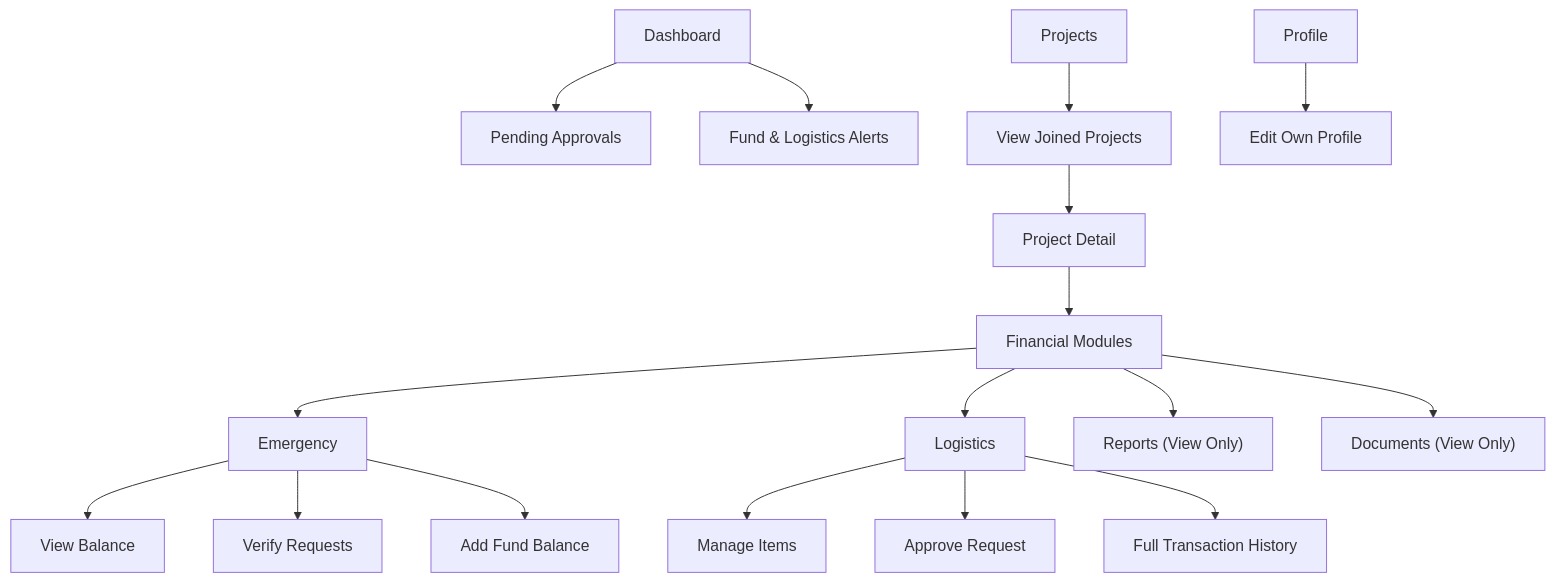
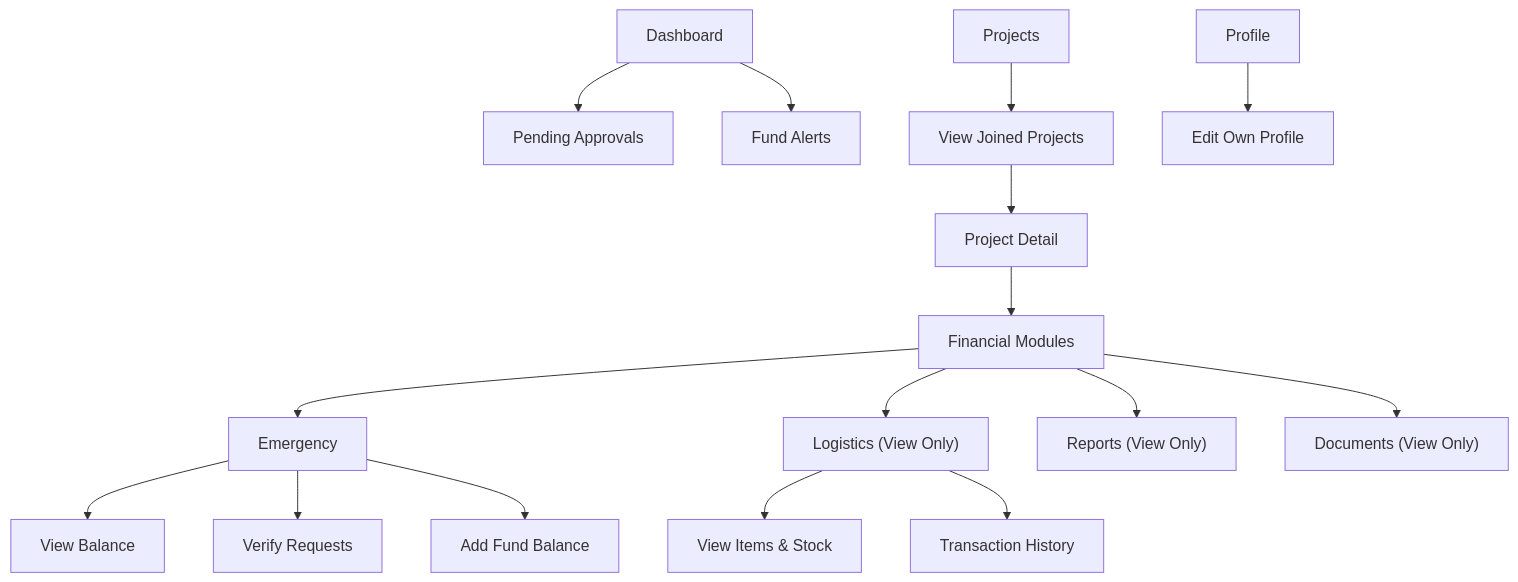
The fifth of 6 diagrams in docs/ui-flow-map.md (HaqqiS/sandaran-internal-system), drawn with Mermaid before and after one commit. The commit also changed other lines of this file and 12 other files, not shown here.

````diff
--- a/docs/ui-flow-map.md
+++ b/docs/ui-flow-map.md
@@ -196,25 +197,24 @@
 ```mermaid
 graph TD
     Dashboard[Dashboard] --> PendingApprovals["Pending Approvals"]
-    Dashboard --> Alerts["Fund & Logistics Alerts"]
+    Dashboard --> Alerts["Fund Alerts"]
 
     Projects[Projects] --> JoinedProjects["View Joined Projects"]
     JoinedProjects --> ProjectDetail["Project Detail"]
 
     ProjectDetail --> FinancialModules["Financial Modules"]
 
     FinancialModules --> Emergency[Emergency]
     Emergency --> ViewBalance["View Balance"]
     Emergency --> VerifyRequests["Verify Requests"]
     Emergency --> AddBalance["Add Fund Balance"]
 
-    FinancialModules --> Logistics[Logistics]
-    Logistics --> ManageItems["Manage Items"]
-    Logistics --> ApproveRequest["Approve Request"]
-    Logistics --> History["Full Transaction History"]
+    FinancialModules --> Logistics["Logistics (View Only)"]
+    Logistics --> ViewItems["View Items & Stock"]
+    Logistics --> History["Transaction History"]
 
     FinancialModules --> Reports["Reports (View Only)"]
     FinancialModules --> Documents["Documents (View Only)"]
 
     Profile[Profile] --> EditProfile["Edit Own Profile"]
 ```
````
